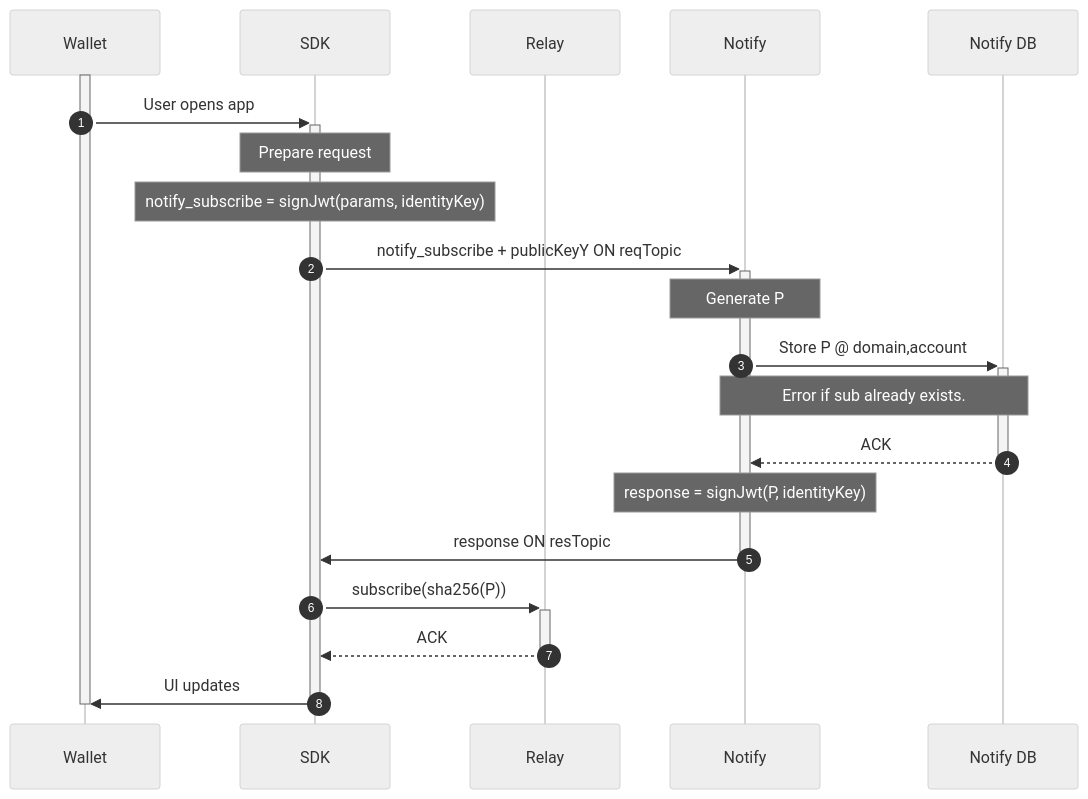
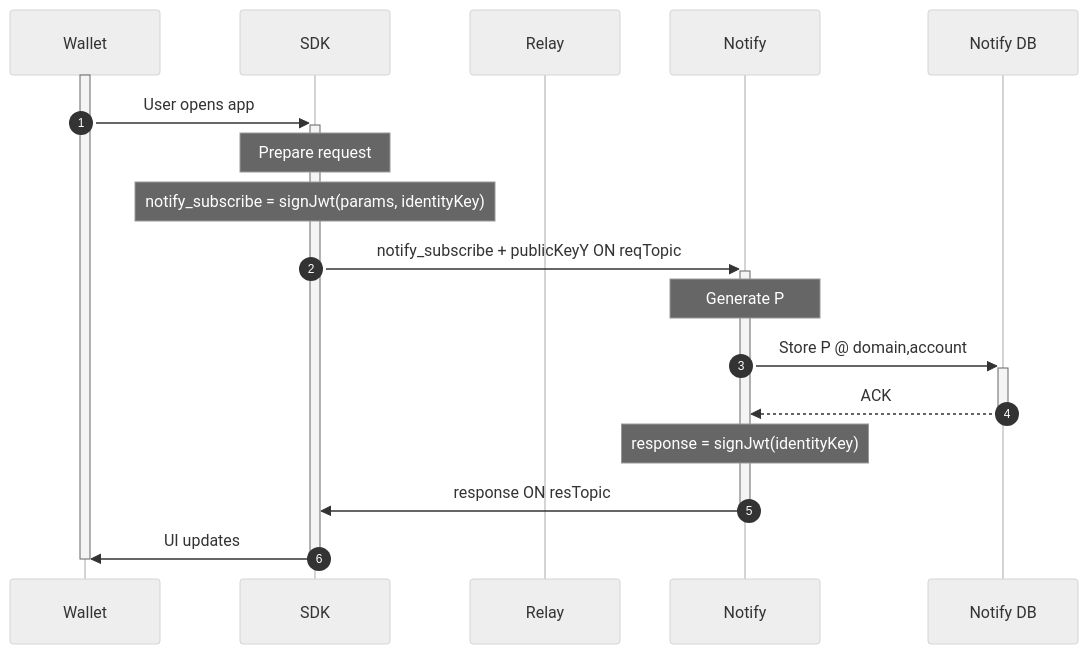
Before and after one commit to WalletConnect/walletconnect-specs: the second of 3 diagrams in docs/specs/clients/notify/rpc-methods.md, drawn with Mermaid (neutral theme). The commit also changed other lines of this file, not shown here.

Commit message:
fix: subscribe requests

````diff
--- a/docs/specs/clients/notify/rpc-methods.md
+++ b/docs/specs/clients/notify/rpc-methods.md
@@ -156,25 +156,22 @@
 ```mermaid
 sequenceDiagram
   autonumber
   participant U AS Wallet
   participant W AS SDK
   participant R as Relay
   participant N AS Notify
   participant D as Notify DB
 
   activate U
   U->>+W: User opens app
   Note over W: Prepare request
   Note over W: notify_subscribe = signJwt(params, identityKey)
   W->>+N: notify_subscribe + publicKeyY ON reqTopic
   Note over N: Generate P
   N->>+D: Store P @ domain,account
-  Note over N,D: Error if sub already exists.
   D-->>-N: ACK
-  Note over N: response = signJwt(P, identityKey)
+  Note over N: response = signJwt(identityKey)
   N->>-W: response ON resTopic
-  W->>+R: subscribe(sha256(P))
-  R-->>-W: ACK
   W->>-U: UI updates
   deactivate U
 ```
````
